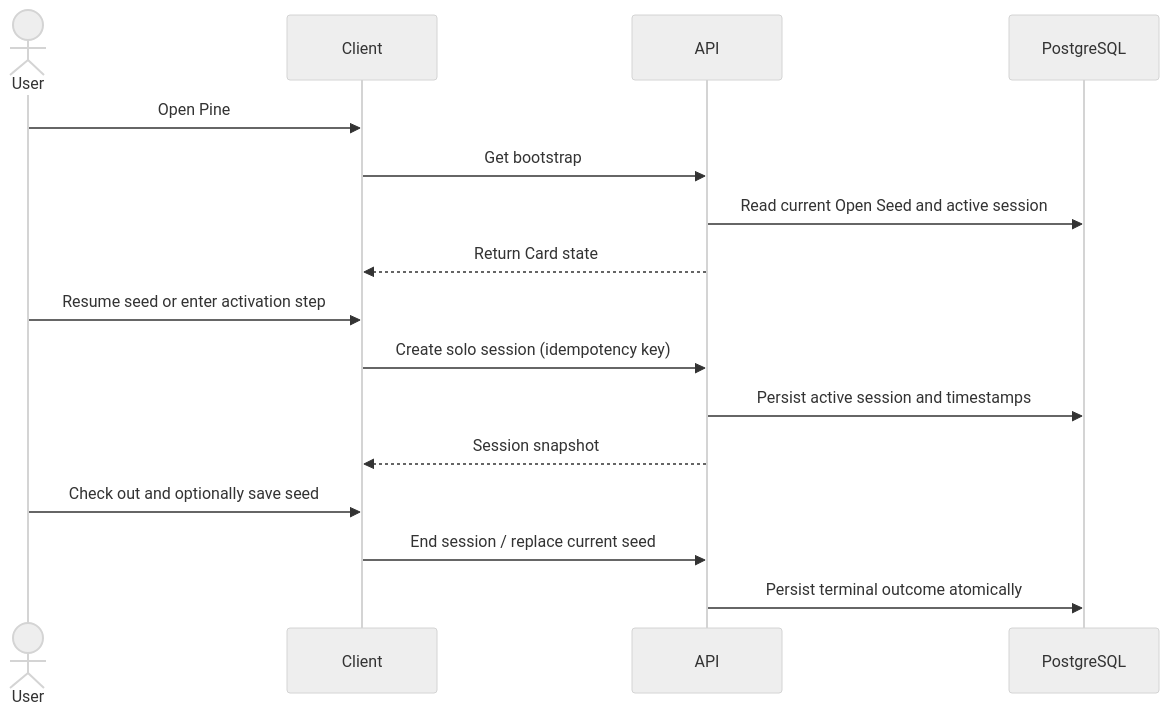
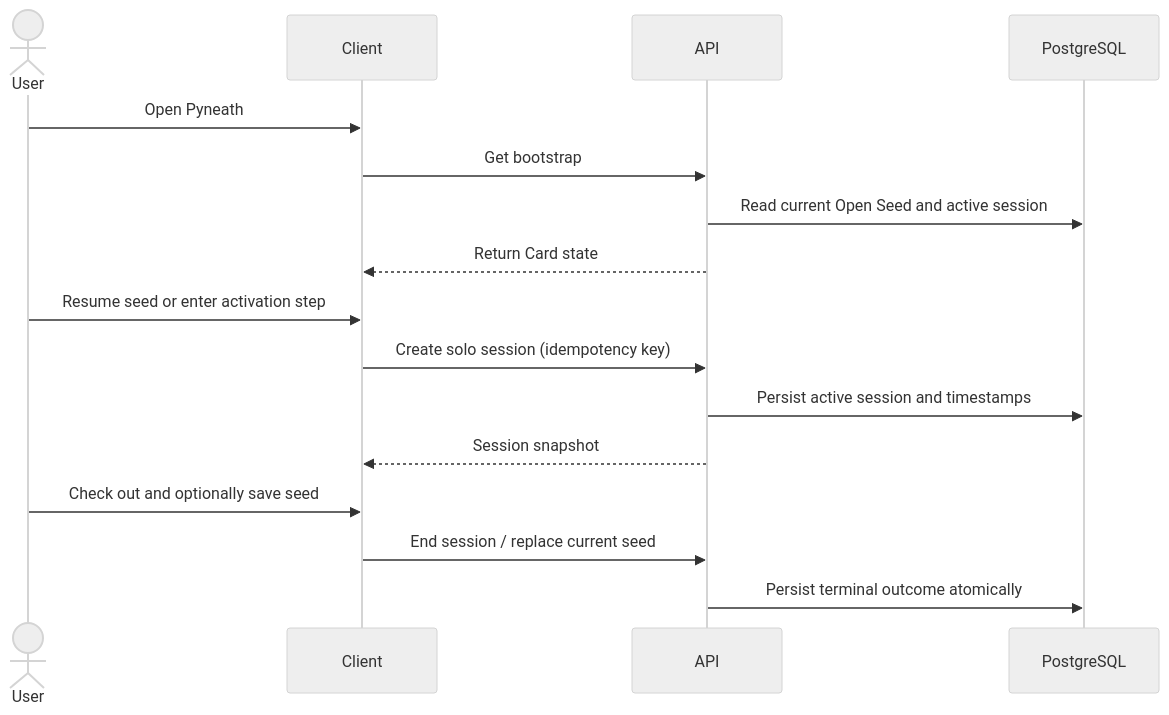
Before and after one commit to TgTrh06/project.beneath-the-pine: the diagram in docs/04-engineering/sequences/solo-return-flow.md, drawn with Mermaid (neutral theme). The commit also changed 47 other files, not shown here.

````diff
--- a/docs/04-engineering/sequences/solo-return-flow.md
+++ b/docs/04-engineering/sequences/solo-return-flow.md
@@ -3,18 +3,18 @@
 ```mermaid
 sequenceDiagram
   actor U as User
   participant C as Client
   participant API as API
   participant DB as PostgreSQL
-  U->>C: Open Pine
+  U->>C: Open Pyneath
   C->>API: Get bootstrap
   API->>DB: Read current Open Seed and active session
   API-->>C: Return Card state
   U->>C: Resume seed or enter activation step
   C->>API: Create solo session (idempotency key)
   API->>DB: Persist active session and timestamps
   API-->>C: Session snapshot
   U->>C: Check out and optionally save seed
   C->>API: End session / replace current seed
   API->>DB: Persist terminal outcome atomically
 ```
````
